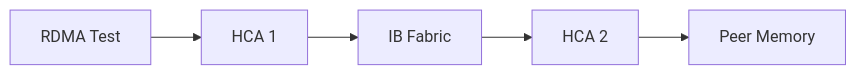
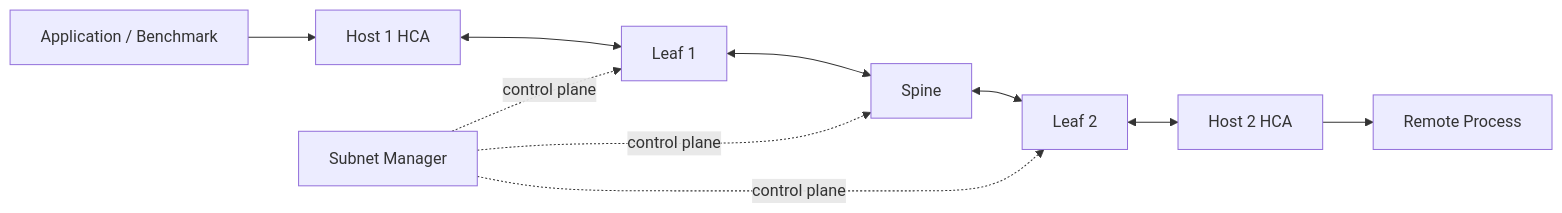
The diagram in docs/nvidia-zero-to-hero/volume-08/labs/lab-04-troubleshoot-an-infiniband-path.md (jithinpnjm/nvidia-devops), drawn with Mermaid before and after one commit. The commit also changed other lines of this file and 11 other files, not shown here.

````diff
--- a/docs/nvidia-zero-to-hero/volume-08/labs/lab-04-troubleshoot-an-infiniband-path.md
+++ b/docs/nvidia-zero-to-hero/volume-08/labs/lab-04-troubleshoot-an-infiniband-path.md
@@ -31,7 +44,16 @@
 ```mermaid
 flowchart LR
-    App[RDMA Test] --> HCA1[HCA 1]
-    HCA1 --> Fabric[IB Fabric]
-    Fabric --> HCA2[HCA 2]
-    HCA2 --> Peer[Peer Memory]
+    App1[Application / Benchmark]
+    H1[Host 1 HCA]
+    L1[Leaf 1]
+    S[Spine]
+    L2[Leaf 2]
+    H2[Host 2 HCA]
+    App2[Remote Process]
+    SM[Subnet Manager]
+
+    App1 --> H1 <--> L1 <--> S <--> L2 <--> H2 --> App2
+    SM -. control plane .-> L1
+    SM -. control plane .-> S
+    SM -. control plane .-> L2
 ```
````
